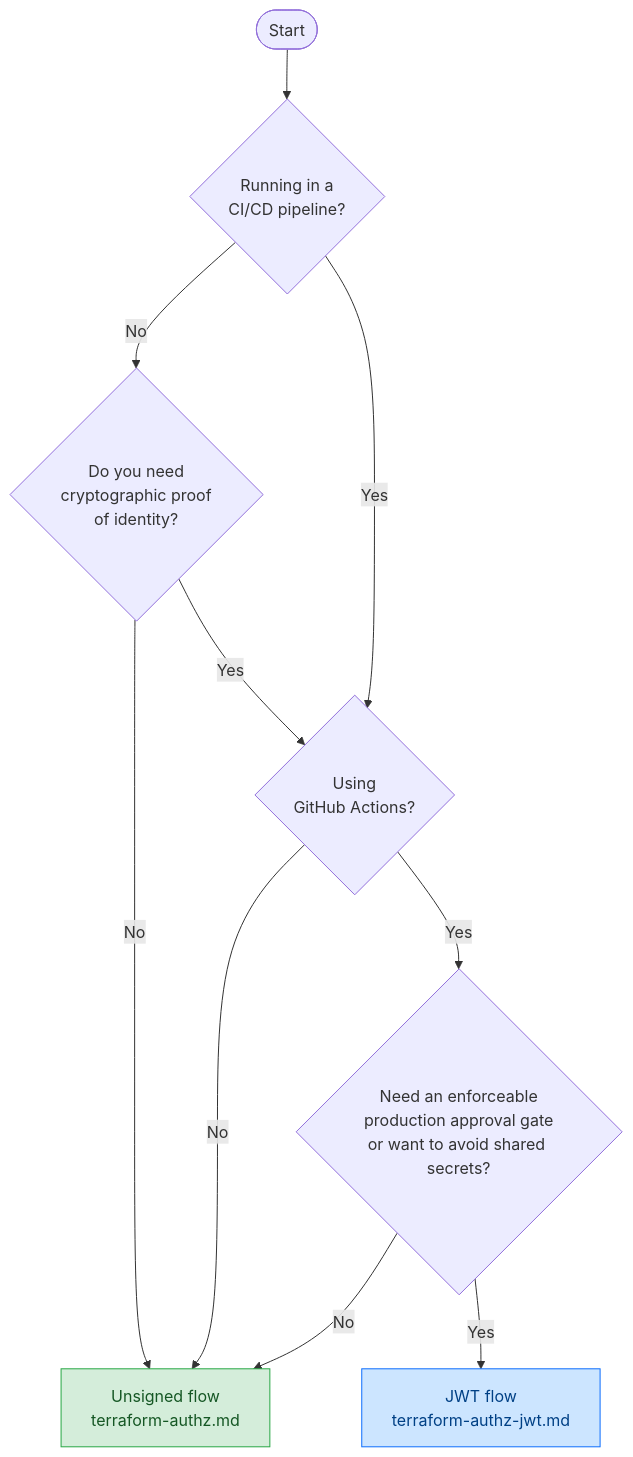
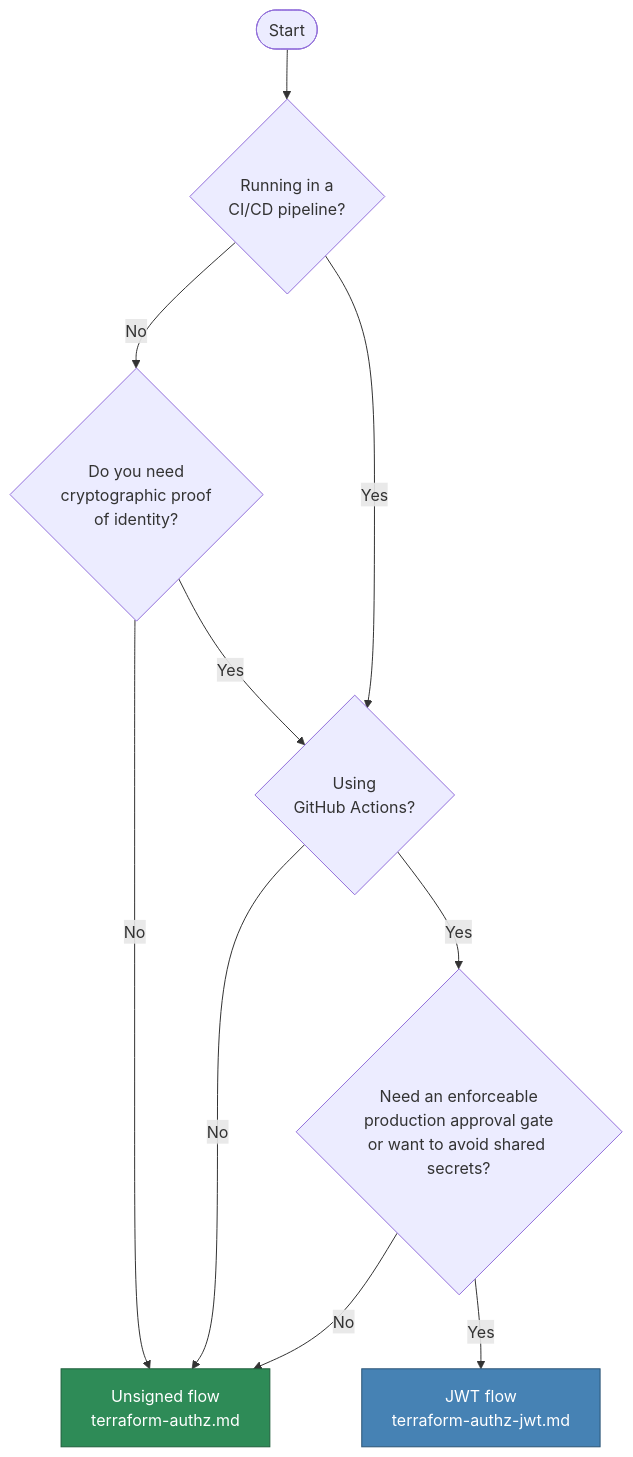
The diagram in docs/cedarling/integrations/terraform-authz-overview.md (JanssenProject/jans), drawn with Mermaid before and after one commit. The commit also changed 3 other files, not shown here.

````diff
--- a/docs/cedarling/integrations/terraform-authz-overview.md
+++ b/docs/cedarling/integrations/terraform-authz-overview.md
@@ -35,19 +35,19 @@
 ```mermaid
 flowchart TD
     A([Start]) --> B{Running in a\nCI/CD pipeline?}
 
     B -- No --> C{Do you need\ncryptographic proof\nof identity?}
     B -- Yes --> D{Using\nGitHub Actions?}
 
     C -- No --> UNSIGNED[Unsigned flow\nterraform-authz.md]
     C -- Yes --> D
 
     D -- No --> UNSIGNED
     D -- Yes --> E{Need an enforceable\nproduction approval gate\nor want to avoid shared secrets?}
 
     E -- No --> UNSIGNED
     E -- Yes --> JWT[JWT flow\nterraform-authz-jwt.md]
 
-    style UNSIGNED fill:#d4edda,stroke:#28a745,color:#155724
-    style JWT fill:#cce5ff,stroke:#0d6efd,color:#004085
+    style UNSIGNED fill:#2E8B57,stroke:#1e5e3b,color:#ffffff
+    style JWT fill:#4682B4,stroke:#2b5476,color:#ffffff
 ```
````
